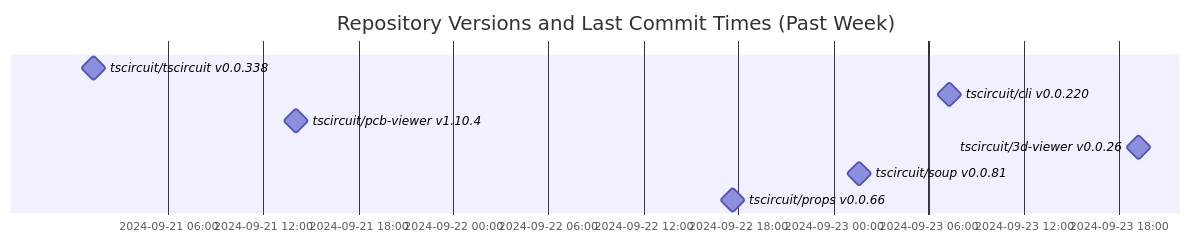
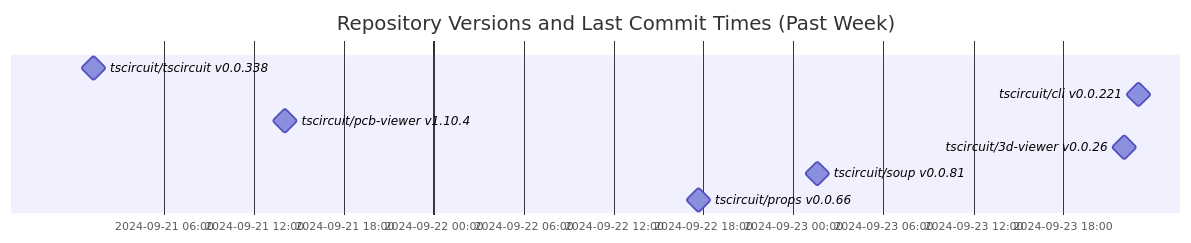
The diagram in README.md (tscircuit/version-tracker), drawn with Mermaid before and after one commit.

Commit message:
Update chart

````diff
--- a/README.md
+++ b/README.md
@@ -1,13 +1,13 @@
 ```mermaid
 gantt
   dateFormat  YYYY-MM-DD HH:mm:ss
   title Repository Versions and Last Commit Times (Past Week)
   axisFormat %Y-%m-%d %H:%M
 
   tscircuit/tscircuit v0.0.338 : milestone, 2024-09-21 01:17:43, 1s
-  tscircuit/cli v0.0.220 : milestone, 2024-09-23 07:17:00, 1s
+  tscircuit/cli v0.0.221 : milestone, 2024-09-23 23:02:58, 1s
   tscircuit/pcb-viewer v1.10.4 : milestone, 2024-09-21 14:02:34, 1s
-  tscircuit/3d-viewer v0.0.26 : milestone, 2024-09-23 19:15:09, 1s
+  tscircuit/3d-viewer v0.0.26 : milestone, 2024-09-23 22:06:33, 1s
   tscircuit/soup v0.0.81 : milestone, 2024-09-23 01:38:05, 1s
   tscircuit/props v0.0.66 : milestone, 2024-09-22 17:38:44, 1s
 ```
````
